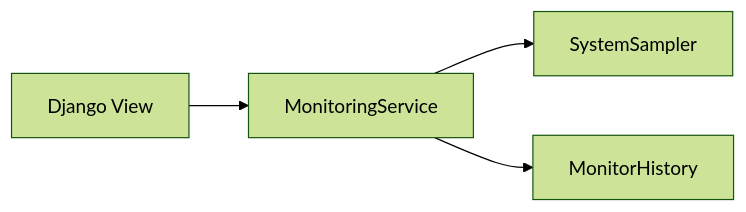
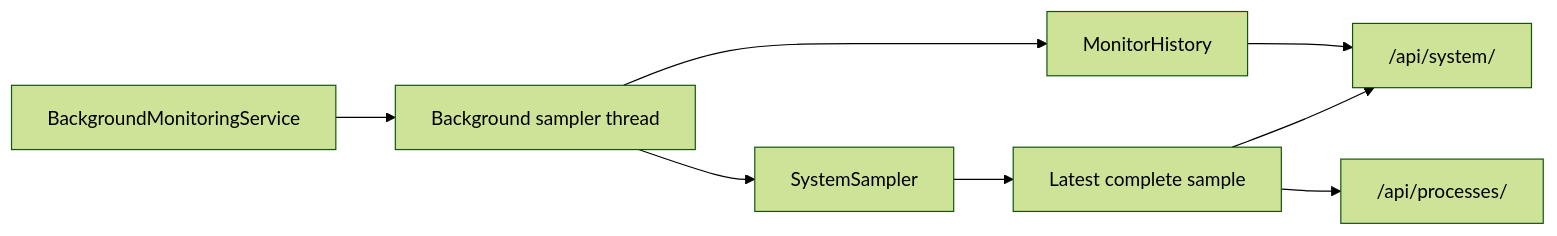
One commit to IronRon/Sys-Monitor changed diagram 15 of 31 in docs/architecture.md. Above: the diagram before and after it, drawn with Mermaid (forest theme). The commit also changed other lines of this file and 8 other files, not shown here.

First line of the commit message:
Refactor monitoring architecture to implement continuous background sampling

````diff
--- a/docs/architecture.md
+++ b/docs/architecture.md
@@ -861,14 +861,18 @@
 ```mermaid
 flowchart LR
-    VIEW["Django View"]
-
-    SERVICE["MonitoringService"]
-
+    WORKER["Background sampler thread"]
+    SERVICE["BackgroundMonitoringService"]
     SAMPLER["SystemSampler"]
     HISTORY["MonitorHistory"]
+    LATEST["Latest complete sample"]
+    API1["/api/system/"]
+    API2["/api/processes/"]
 
-    VIEW --> SERVICE
-
-    SERVICE --> SAMPLER
-    SERVICE --> HISTORY
+    SERVICE --> WORKER
+    WORKER --> SAMPLER
+    SAMPLER --> LATEST
+    WORKER --> HISTORY
+    LATEST --> API1
+    HISTORY --> API1
+    LATEST --> API2
 ```
````
